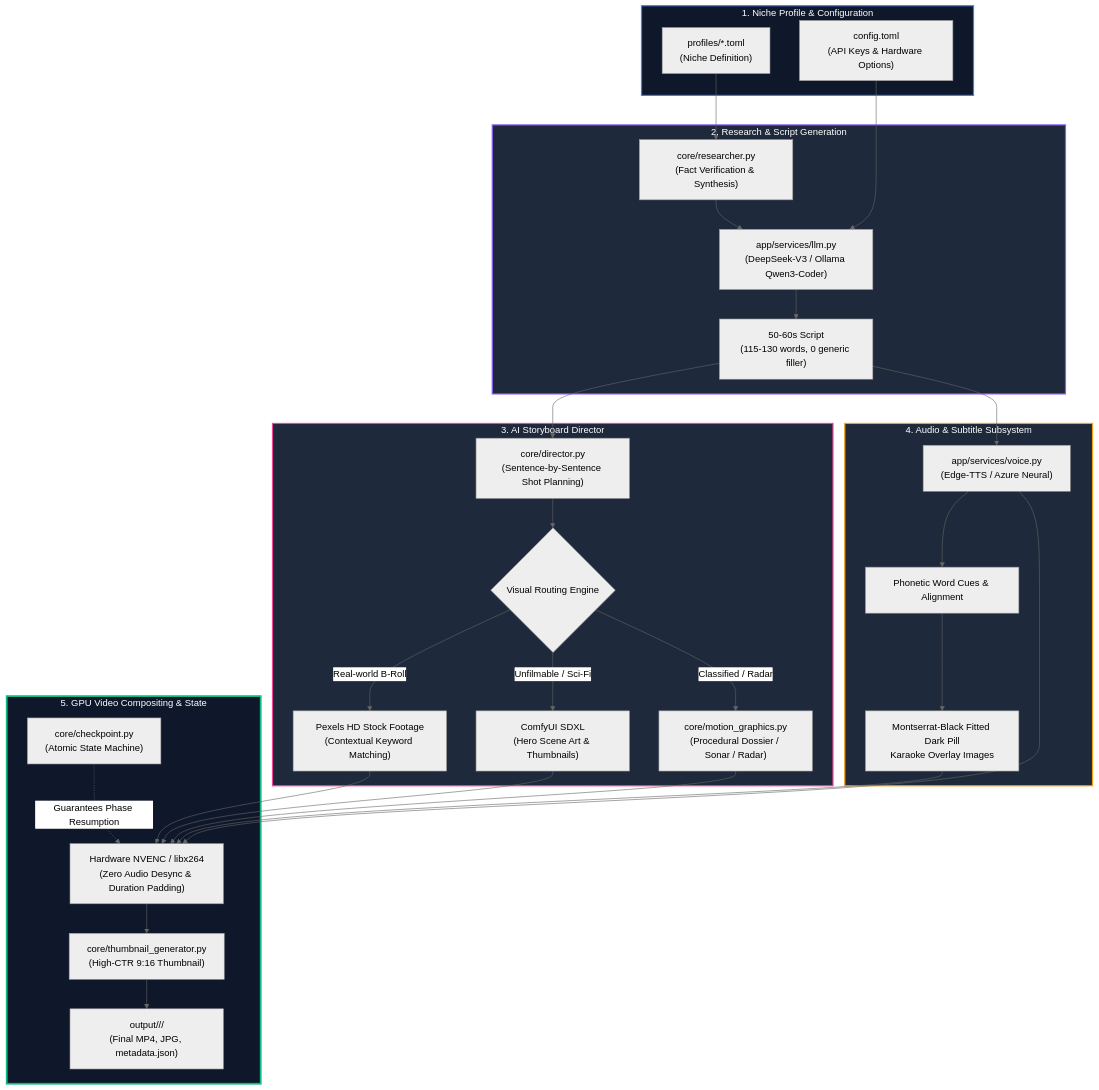
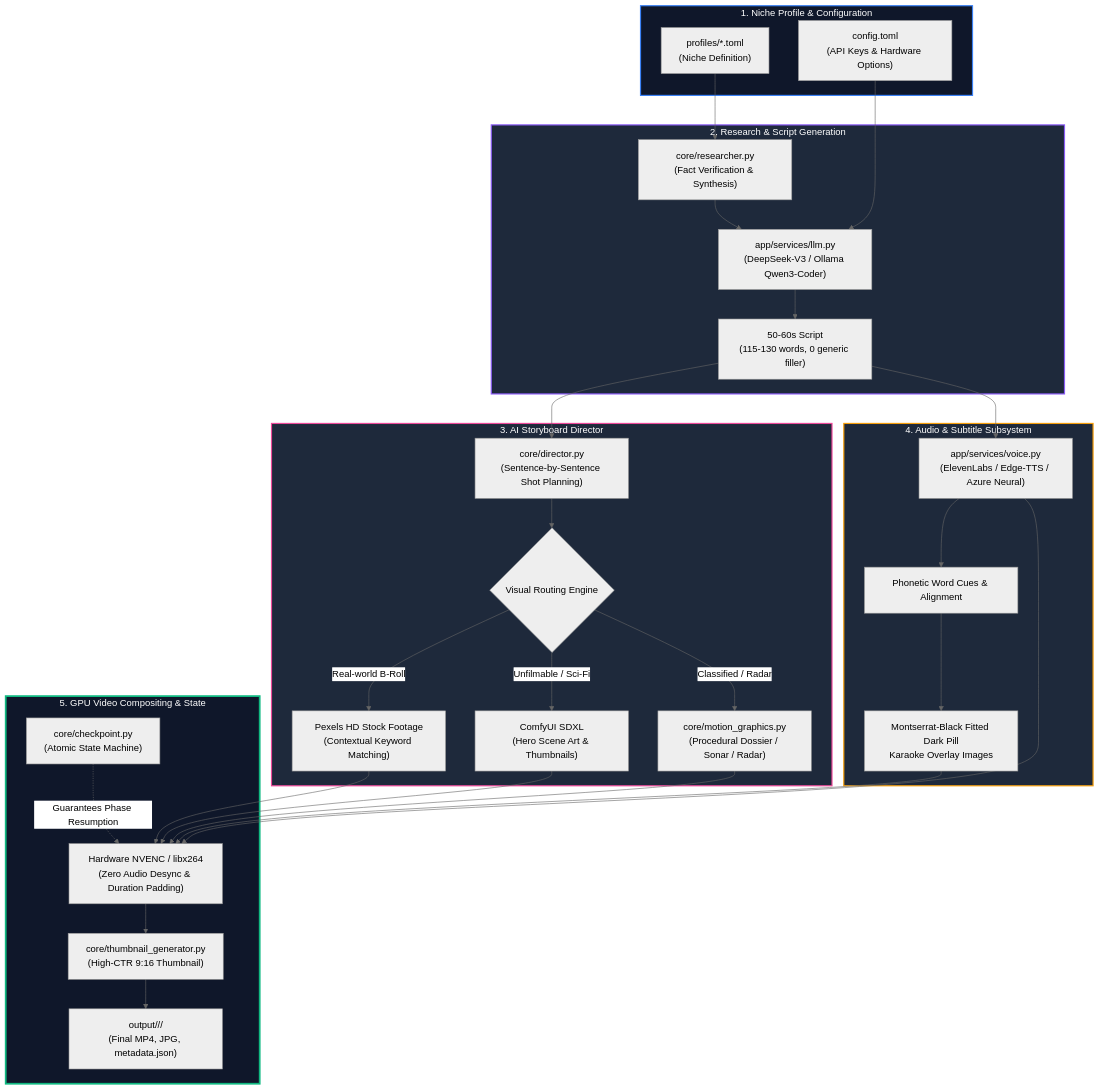
Before and after one commit to Joshualeexy/moneyprinter-studio: the diagram in README.md, drawn with Mermaid (neutral theme). The commit also changed other lines of this file and 16 other files, not shown here.

Commit message:
feat(voice): switch voice provider to ElevenLabs with niche-tailored voices and dual-catalog support

````diff
--- a/README.md
+++ b/README.md
@@ -129,59 +129,59 @@
 ```mermaid
 flowchart TD
     subgraph CONFIG["1. Niche Profile & Configuration"]
         P["profiles/*.toml\n(Niche Definition)"]
         CFG["config.toml\n(API Keys & Hardware Options)"]
     end
 
     subgraph PRE_PROD["2. Research & Script Generation"]
         RES["core/researcher.py\n(Fact Verification & Synthesis)"]
         LLM["app/services/llm.py\n(DeepSeek-V3 / Ollama Qwen3-Coder)"]
         SCRIPT["50-60s Script\n(115-130 words, 0 generic filler)"]
     end
 
     subgraph DIRECTION["3. AI Storyboard Director"]
         DIR["core/director.py\n(Sentence-by-Sentence Shot Planning)"]
         ROUTER{"Visual Routing Engine"}
         STK["Pexels HD Stock Footage\n(Contextual Keyword Matching)"]
         SDXL["ComfyUI SDXL\n(Hero Scene Art & Thumbnails)"]
         MOG["core/motion_graphics.py\n(Procedural Dossier / Sonar / Radar)"]
     end
 
     subgraph AUDIO_SUB["4. Audio & Subtitle Subsystem"]
-        TTS["app/services/voice.py\n(Edge-TTS / Azure Neural)"]
+        TTS["app/services/voice.py\n(ElevenLabs / Edge-TTS / Azure Neural)"]
         WORDS["Phonetic Word Cues & Alignment"]
         KARAOKE["Montserrat-Black Fitted Dark Pill\nKaraoke Overlay Images"]
     end
 
     subgraph COMPOSITOR["5. GPU Video Compositing & State"]
         NVENC["Hardware NVENC / libx264\n(Zero Audio Desync & Duration Padding)"]
         THUMB["core/thumbnail_generator.py\n(High-CTR 9:16 Thumbnail)"]
         CHK["core/checkpoint.py\n(Atomic State Machine)"]
         OUT["output/<niche>/<episode>/\n(Final MP4, JPG, metadata.json)"]
     end
 
     P --> RES
     CFG --> LLM
     RES --> LLM --> SCRIPT
     SCRIPT --> DIR --> ROUTER
     SCRIPT --> TTS --> WORDS --> KARAOKE
 
     ROUTER -->|Real-world B-Roll| STK
     ROUTER -->|Unfilmable / Sci-Fi| SDXL
     ROUTER -->|Classified / Radar| MOG
 
     STK --> NVENC
     SDXL --> NVENC
     MOG --> NVENC
     KARAOKE --> NVENC
     TTS --> NVENC
 
     CHK -.->|Guarantees Phase Resumption| NVENC
     NVENC --> THUMB --> OUT
 
     style CONFIG fill:#0f172a,stroke:#3b82f6,stroke-width:2px,color:#fff
     style PRE_PROD fill:#1e293b,stroke:#8b5cf6,stroke-width:2px,color:#fff
     style DIRECTION fill:#1e293b,stroke:#ec4899,stroke-width:2px,color:#fff
     style AUDIO_SUB fill:#1e293b,stroke:#f59e0b,stroke-width:2px,color:#fff
     style COMPOSITOR fill:#0f172a,stroke:#10b981,stroke-width:3px,color:#fff
 ```
````
